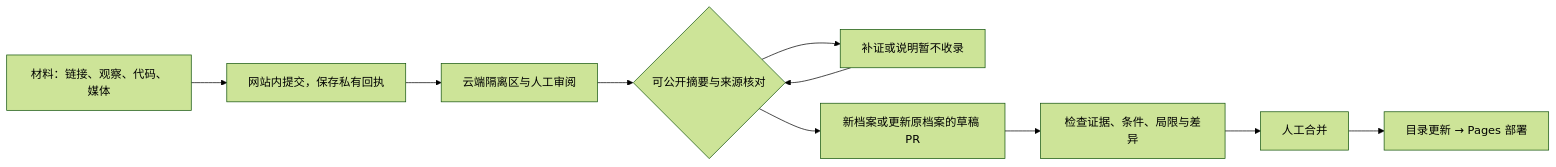
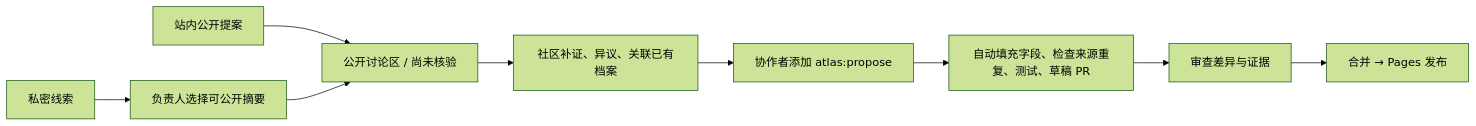
The diagram in docs/CONTRIBUTING.md (utopiazzr/safety-atlas), drawn with Mermaid (forest theme) before and after one commit. The commit also changed other lines of this file and 24 other files, not shown here.

````diff
--- a/docs/CONTRIBUTING.md
+++ b/docs/CONTRIBUTING.md
@@ -7,12 +18,11 @@
 ```mermaid
 flowchart LR
-  A[材料：链接、观察、代码、媒体] --> B[网站内提交，保存私有回执]
-  B --> C[云端隔离区与人工审阅]
-  C --> D{可公开摘要与来源核对}
-  D --> E[补证或说明暂不收录]
-  E --> D
-  D --> F[新档案或更新原档案的草稿 PR]
-  F --> G[检查证据、条件、局限与差异]
-  G --> H[人工合并]
-  H --> I[目录更新 → Pages 部署]
+    A[站内公开提案] --> B[公开讨论区 / 尚未核验]
+    P[私密线索] --> Q[负责人选择可公开摘要]
+    Q --> B
+    B --> C[社区补证、异议、关联已有档案]
+    C --> D[协作者添加 atlas:propose]
+    D --> E[自动填充字段、检查来源重复、测试、草稿 PR]
+    E --> F[审查差异与证据]
+    F --> G[合并 → Pages 发布]
 ```
````
